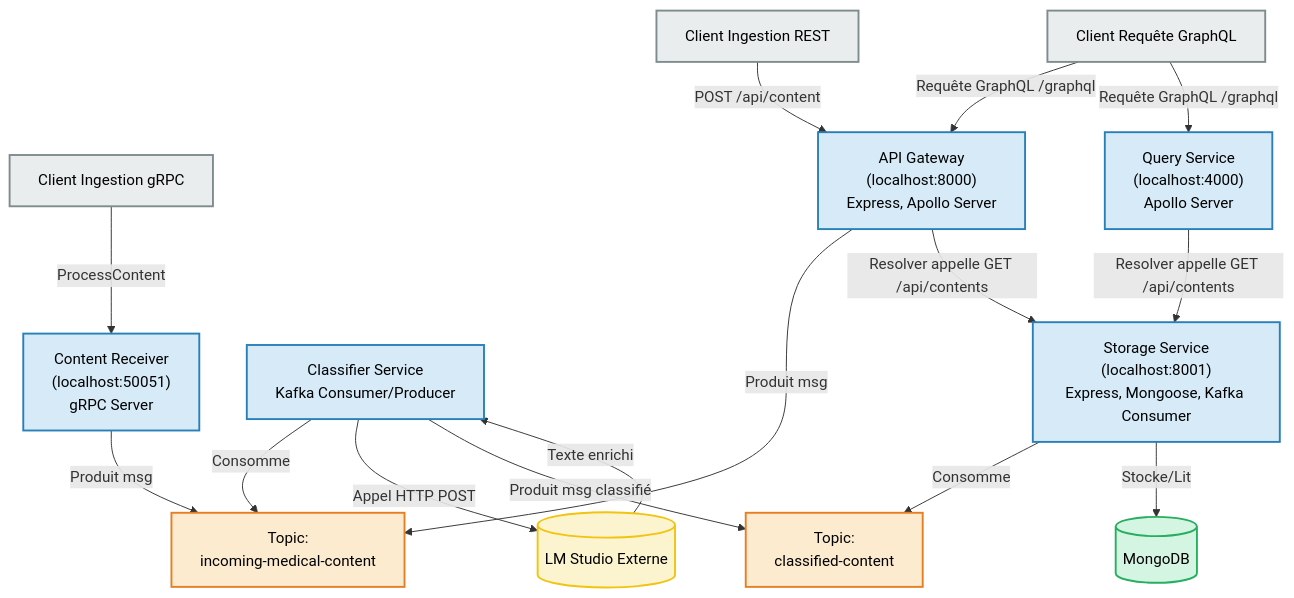
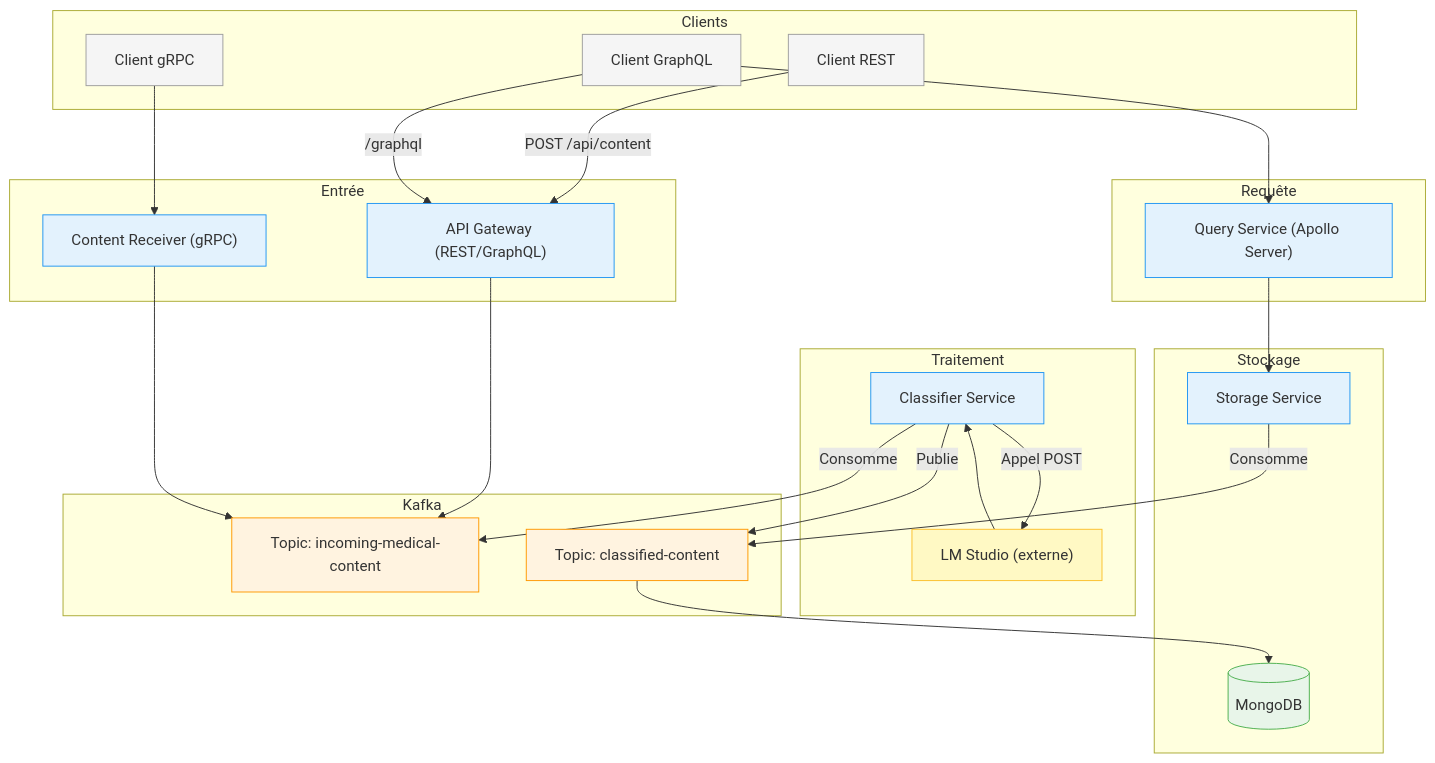
The diagram in README.md (aminecharrada/Real_Time_Medical_Content_Pipeline), drawn with Mermaid before and after one commit. The commit also changed other lines of this file, not shown here.

````diff
--- a/README.md
+++ b/README.md
@@ -43,65 +50,53 @@
 ```mermaid
 graph TD
-    %% Clients externes
-    ClientREST[Client Ingestion REST]
-    ClientGRPC[Client Ingestion gRPC]
-    ClientGraphQL[Client Requête GraphQL]
+    subgraph Clients
+        ClientREST[Client REST]
+        ClientGRPC[Client gRPC]
+        ClientGraphQL[Client GraphQL]
+    end
 
-    %% Points d'entrée & requêtes
-    APIGW["API Gateway<br>(localhost:8000)<br>Express, Apollo Server"]
-    GRPCReceiver["Content Receiver<br>(localhost:50051)<br>gRPC Server"]
-    GraphQLQuery["Query Service<br>(localhost:4000)<br>Apollo Server"]
+    subgraph Entrée
+        APIGW["API Gateway (REST/GraphQL)"]
+        GRPCReceiver["Content Receiver (gRPC)"]
+    end
 
-    %% Kafka Topics
-    TopicIncoming["Topic:<br>incoming-medical-content"]
-    TopicClassified["Topic:<br>classified-content"]
+    subgraph Kafka
+        TopicIncoming["Topic: incoming-medical-content"]
+        TopicClassified["Topic: classified-content"]
+    end
 
-    %% Traitement
-    Classifier["Classifier Service<br>Kafka Consumer/Producer"]
-    LMStudio[(LM Studio Externe)]
+    subgraph Traitement
+        Classifier["Classifier Service"]
+        LMStudio["LM Studio (externe)"]
+    end
 
-    %% Stockage
-    Storage["Storage Service<br>(localhost:8001)<br>Express, Mongoose, Kafka Consumer"]
-    Mongo[(MongoDB)]
+    subgraph Stockage
+        Storage["Storage Service"]
+        Mongo[(MongoDB)]
+    end
 
-    %% Ingestion Flow
-    ClientREST -->|"POST /api/content"| APIGW
-    APIGW -->|"Produit msg"| TopicIncoming
+    subgraph Requête
+        GraphQLQuery["Query Service (Apollo Server)"]
+    end
 
-    ClientGRPC -->|"ProcessContent"| GRPCReceiver
-    GRPCReceiver -->|"Produit msg"| TopicIncoming
+    %% Relations
+    ClientREST -->|POST /api/content| APIGW --> TopicIncoming
+    ClientGRPC --> GRPCReceiver --> TopicIncoming
+    Classifier -->|Consomme| TopicIncoming
+    Classifier -->|Appel POST| LMStudio --> Classifier -->|Publie| TopicClassified
+    Storage -->|Consomme| TopicClassified --> Mongo
+    ClientGraphQL -->|/graphql| APIGW
+    ClientGraphQL --> GraphQLQuery --> Storage
 
-    %% Traitement Flow
-    Classifier -->|"Consomme"| TopicIncoming
-    Classifier -->|"Appel HTTP POST"| LMStudio
-    LMStudio -->|"Texte enrichi"| Classifier
-    Classifier -->|"Produit msg classifié"| TopicClassified
+    classDef service fill:#E3F2FD,stroke:#2196F3;
+    classDef db fill:#E8F5E9,stroke:#4CAF50;
+    classDef kafka fill:#FFF3E0,stroke:#FF9800;
+    classDef external fill:#FFF9C4,stroke:#FBC02D;
+    classDef client fill:#F5F5F5,stroke:#9E9E9E;
 
-    %% Stockage Flow
-    Storage -->|"Consomme"| TopicClassified
-    Storage -->|"Stocke/Lit"| Mongo
-
-    %% Requête Flow
-    ClientGraphQL -->|"Requête GraphQL /graphql"| APIGW
-    APIGW -->|"Resolver appelle GET /api/contents"| Storage
-
-    ClientGraphQL -->|"Requête GraphQL /graphql"| GraphQLQuery
-    GraphQLQuery -->|"Resolver appelle GET /api/contents"| Storage
-
-    %% Classes
-    classDef service fill:#D6EAF8,stroke:#2980B9,stroke-width:2px,color:#000;
-    class APIGW,GRPCReceiver,GraphQLQuery,Classifier,Storage service;
-
-    classDef topic fill:#FDEBD0,stroke:#E67E22,stroke-width:2px,color:#000;
-    class TopicIncoming,TopicClassified topic;
-
-    classDef db fill:#D5F5E3,stroke:#27AE60,stroke-width:2px,color:#000;
+    class APIGW,GRPCReceiver,Classifier,Storage,GraphQLQuery service;
     class Mongo db;
-
-    classDef external fill:#FCF3CF,stroke:#F1C40F,stroke-width:2px,color:#000;
+    class TopicIncoming,TopicClassified kafka;
     class LMStudio external;
-
-    classDef client fill:#EAEDED,stroke:#7F8C8D,stroke-width:2px,color:#000;
     class ClientREST,ClientGRPC,ClientGraphQL client;
-
 ```
````
